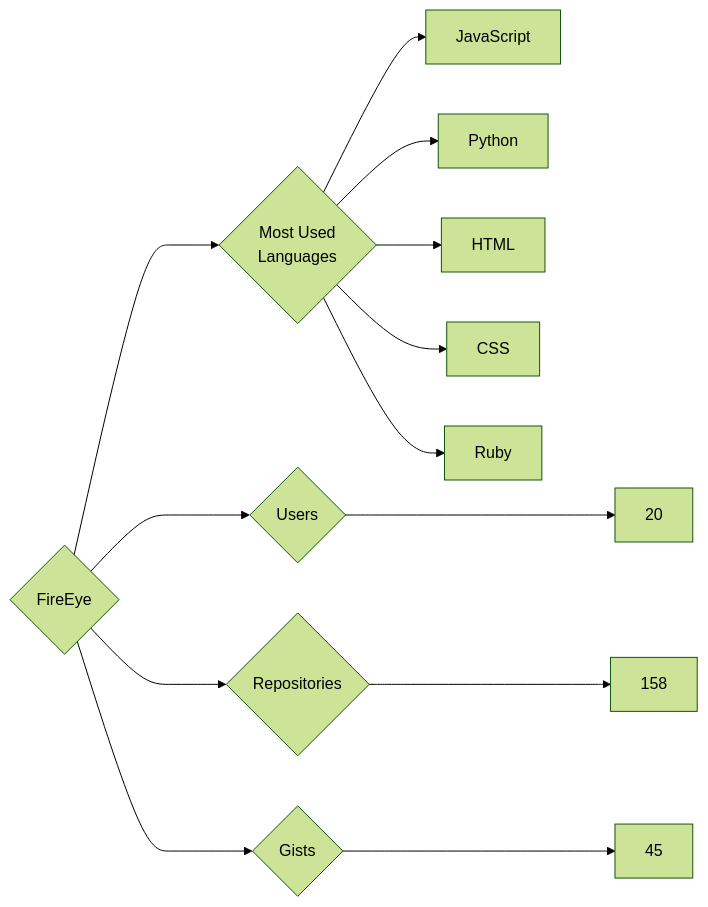
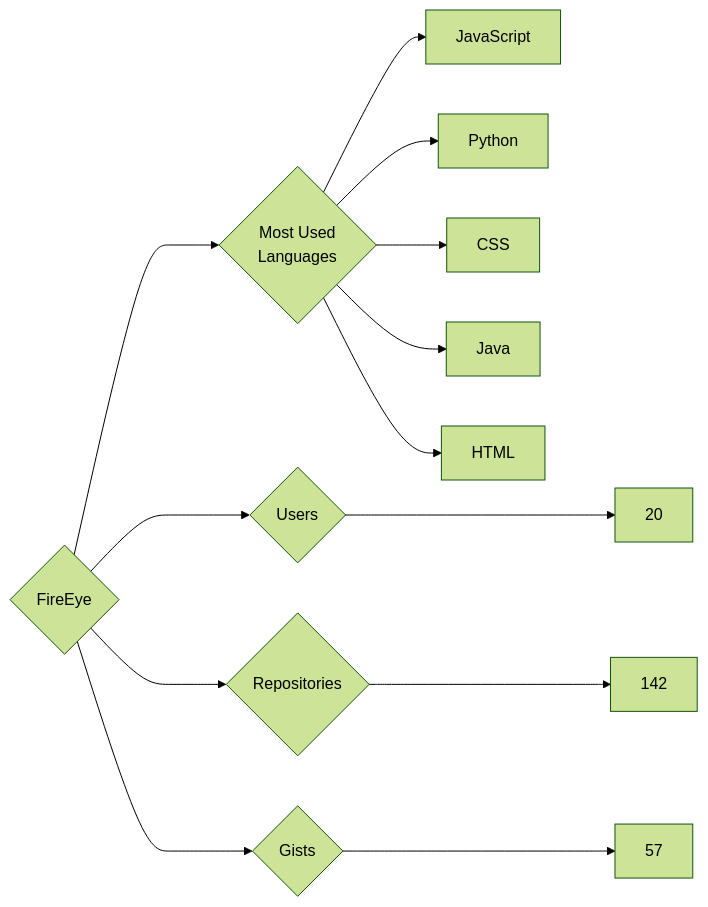
The diagram in targets/FireEye/README.md (trickest/insiders), drawn with Mermaid (forest theme) before and after one commit. The commit also changed 965 other files, not shown here.

````diff
--- a/targets/FireEye/README.md
+++ b/targets/FireEye/README.md
@@ -3,13 +3,13 @@
 ```mermaid
 graph LR
 COMPANY_NAME{FireEye}
 COMPANY_NAME ---> U{Users} ---> UN[20]
-COMPANY_NAME ---> R{Repositories} ---> RN[158]
-COMPANY_NAME ---> G{Gists} ---> GN[45]
+COMPANY_NAME ---> R{Repositories} ---> RN[142]
+COMPANY_NAME ---> G{Gists} ---> GN[57]
 COMPANY_NAME ---> ML{Most Used<br>Languages}
 ML --> JavaScript[JavaScript]
 ML --> Python[Python]
+ML --> CSS[CSS]
+ML --> Java[Java]
 ML --> HTML[HTML]
-ML --> CSS[CSS]
-ML --> Ruby[Ruby]
 ```
````
